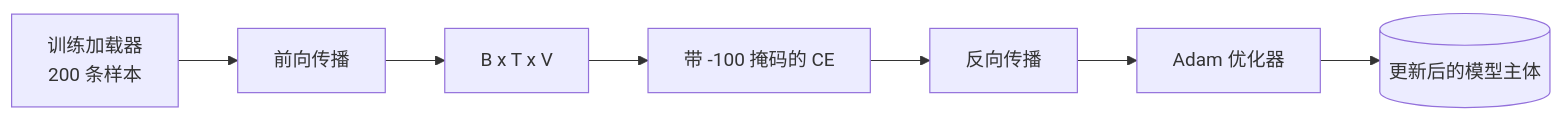
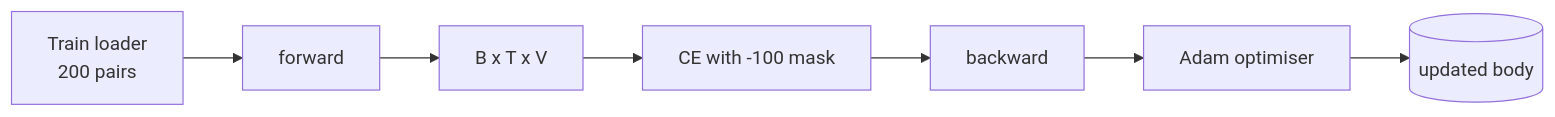
The third of 3 diagrams in i18n/zh/phases/19-capstone-projects/39-instruction-tuning-sft/docs/zh.md (xiaojiaenen/ai-engineering-from-scratch-zh), drawn with Mermaid before and after one commit. The commit also changed other lines of this file and 85 other files, not shown here.

````diff
--- a/i18n/zh/phases/19-capstone-projects/39-instruction-tuning-sft/docs/zh.md
+++ b/i18n/zh/phases/19-capstone-projects/39-instruction-tuning-sft/docs/zh.md
@@ -93,9 +93,9 @@
 ```mermaid
 flowchart LR
-  DL[训练加载器<br/>200 条样本] --> Fwd[前向传播]
+  DL[Train loader<br/>200 pairs] --> Fwd[forward]
   Fwd --> Logits[B x T x V]
-  Logits --> Loss[带 -100 掩码的 CE]
-  Loss --> Bwd[反向传播]
-  Bwd --> Opt[Adam 优化器]
-  Opt --> Body[(更新后的模型主体)]
+  Logits --> Loss[CE with -100 mask]
+  Loss --> Bwd[backward]
+  Bwd --> Opt[Adam optimiser]
+  Opt --> Body[(updated body)]
 ```
````
